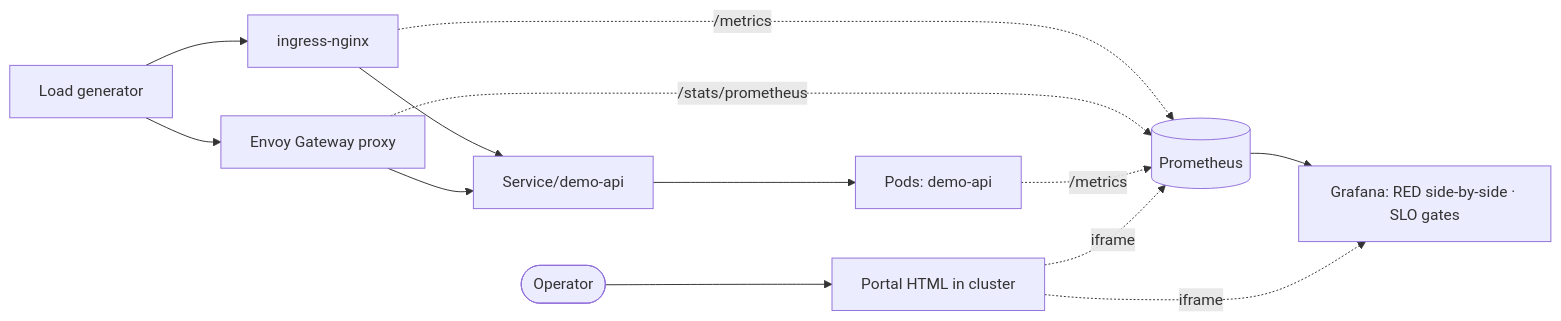
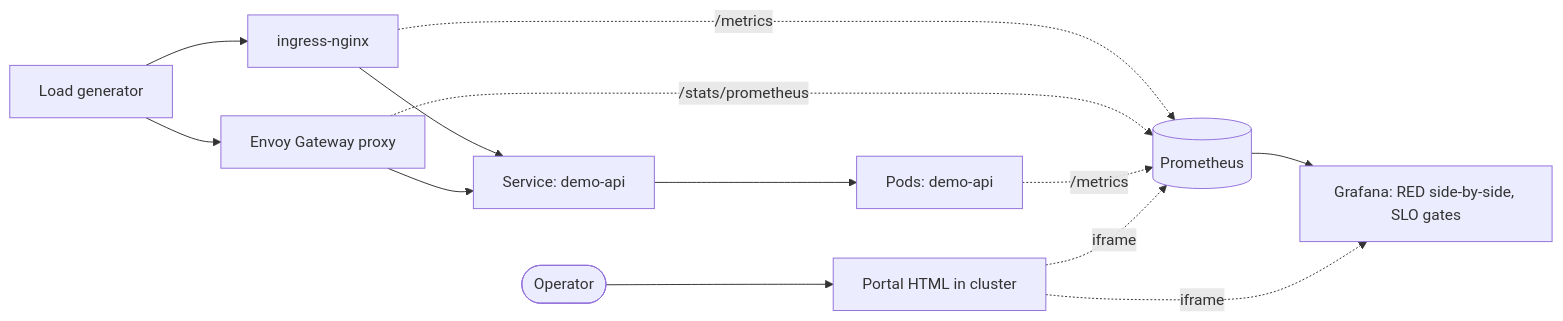
Before and after one commit to farshi/nginx-to-envoy-lab: the first of 2 diagrams in docs/ARCHITECTURE.md, drawn with Mermaid. The commit also changed other lines of this file, not shown here.

Commit message:
fix(arch): GitHub Mermaid renderer compatibility
- quote every node label so spaces/colons/slashes are tokenized as text not syntax
- replace bare % in edge labels with 'percent' word (Mermaid edge labels reject unquoted %)
- replace Unicode arrows and middle-dots in node text with plain ASCII
- minor: connect Pods to SLO gate so the rollback decision sits on the data path

````diff
--- a/docs/ARCHITECTURE.md
+++ b/docs/ARCHITECTURE.md
@@ -7,17 +7,17 @@
 ```mermaid
 flowchart LR
-    LG[Load generator] --> NGX[ingress-nginx]
-    LG --> EG[Envoy Gateway proxy]
-    NGX --> SVC[Service/demo-api]
+    LG["Load generator"] --> NGX["ingress-nginx"]
+    LG --> EG["Envoy Gateway proxy"]
+    NGX --> SVC["Service: demo-api"]
     EG  --> SVC
-    SVC --> POD[Pods: demo-api]
+    SVC --> POD["Pods: demo-api"]
 
-    NGX -. /metrics .-> PROM[(Prometheus)]
-    EG  -. /stats/prometheus .-> PROM
-    POD -. /metrics .-> PROM
-    PROM --> GRAF[Grafana: RED side-by-side · SLO gates]
+    NGX -. "/metrics" .-> PROM[("Prometheus")]
+    EG  -. "/stats/prometheus" .-> PROM
+    POD -. "/metrics" .-> PROM
+    PROM --> GRAF["Grafana: RED side-by-side, SLO gates"]
 
-    USER([Operator]) --> PORTAL[Portal HTML in cluster]
-    PORTAL -. iframe .-> GRAF
-    PORTAL -. iframe .-> PROM
+    USER(["Operator"]) --> PORTAL["Portal HTML in cluster"]
+    PORTAL -. "iframe" .-> GRAF
+    PORTAL -. "iframe" .-> PROM
 ```
````
